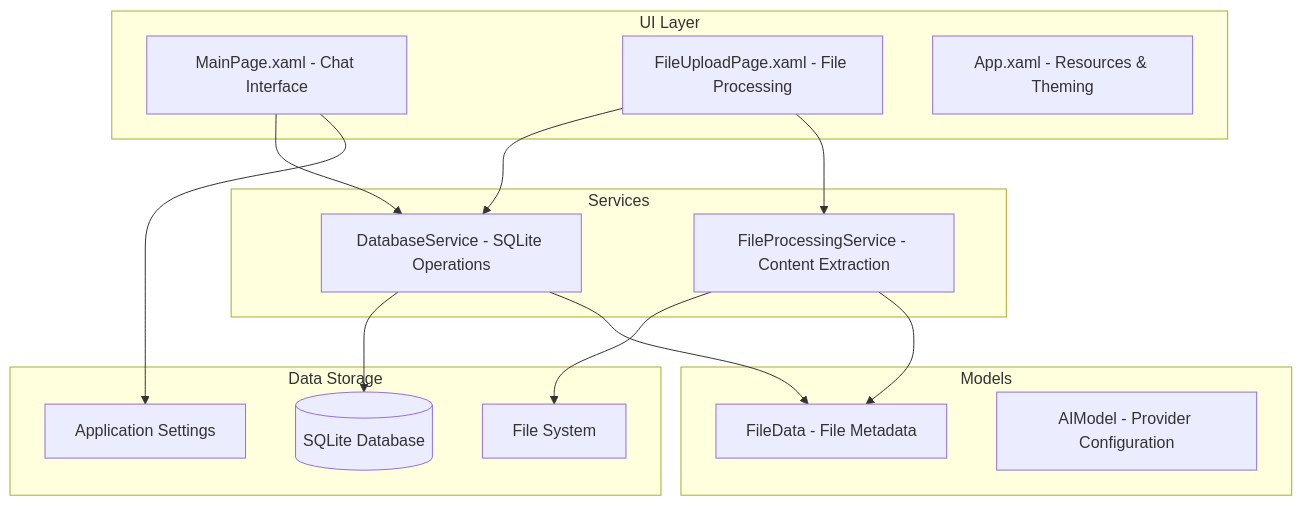
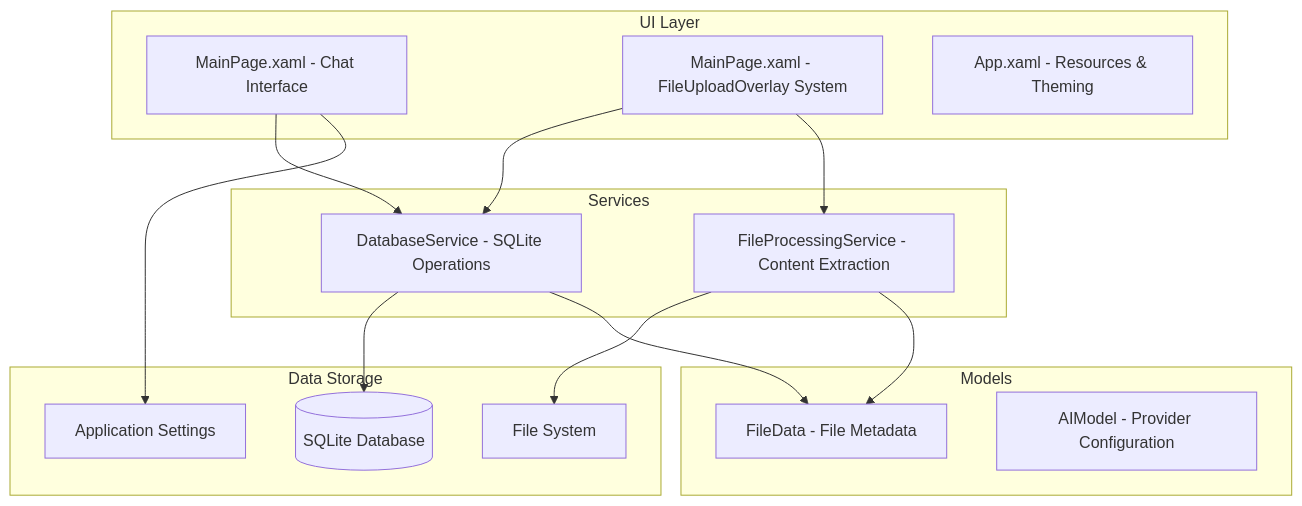
Before and after one commit to carvals/cai: the third of 3 diagrams in TUTORIAL.md, drawn with Mermaid. The commit also changed other lines of this file and 13 other files, not shown here.

````diff
--- a/TUTORIAL.md
+++ b/TUTORIAL.md
@@ -858,33 +1005,33 @@
 ```mermaid
 graph TB
     subgraph "UI Layer"
         A[MainPage.xaml - Chat Interface]
-        B[FileUploadPage.xaml - File Processing]
+        B[MainPage.xaml - FileUploadOverlay System]
         C[App.xaml - Resources & Theming]
     end
     
     subgraph "Services"
         D[DatabaseService - SQLite Operations]
         E[FileProcessingService - Content Extraction]
     end
     
     subgraph "Models"
         F[FileData - File Metadata]
         G[AIModel - Provider Configuration]
     end
     
     subgraph "Data Storage"
         H[(SQLite Database)]
         I[File System]
         J[Application Settings]
     end
     
     A --> D
     B --> D
     B --> E
     D --> H
     E --> I
     A --> J
     D --> F
     E --> F
 ```
````
